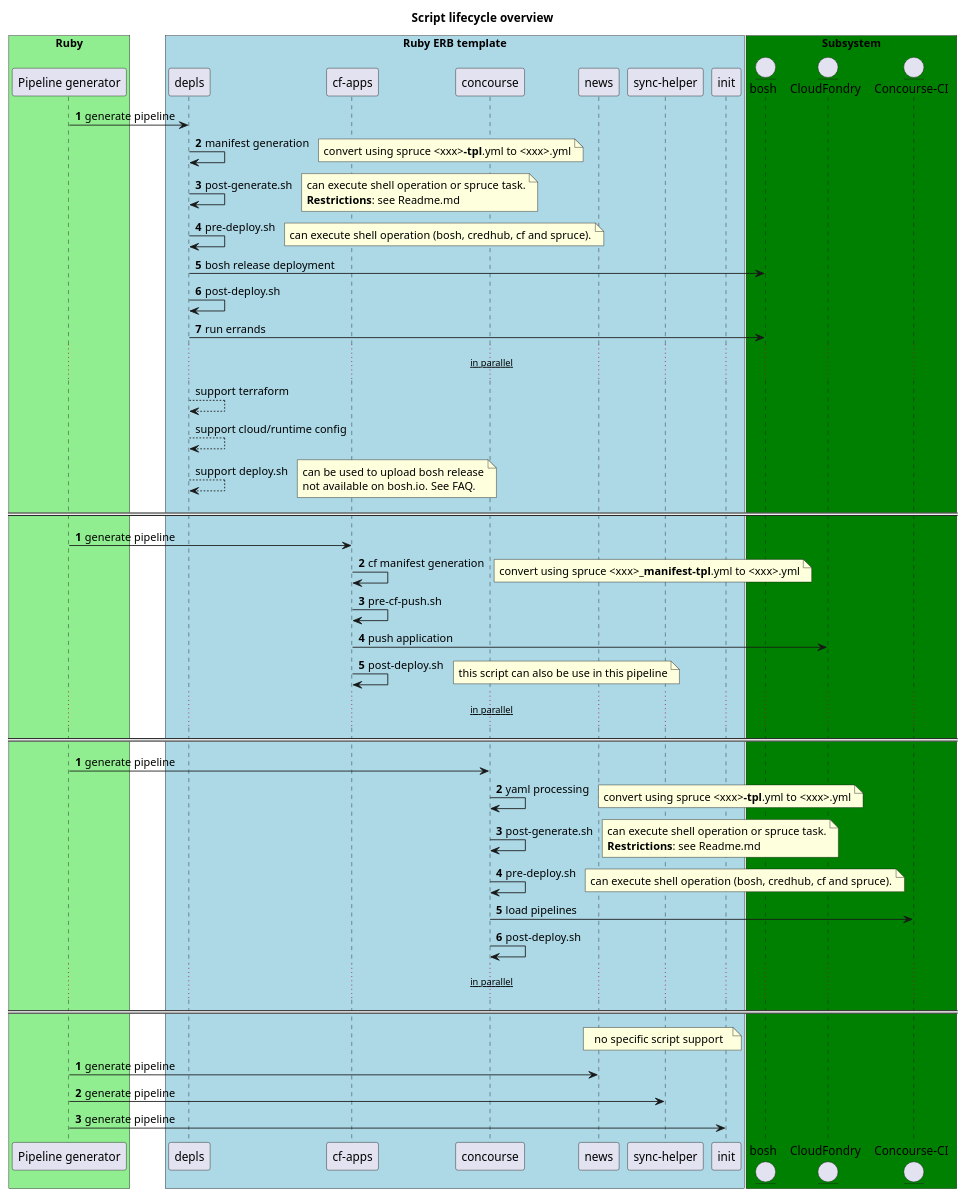
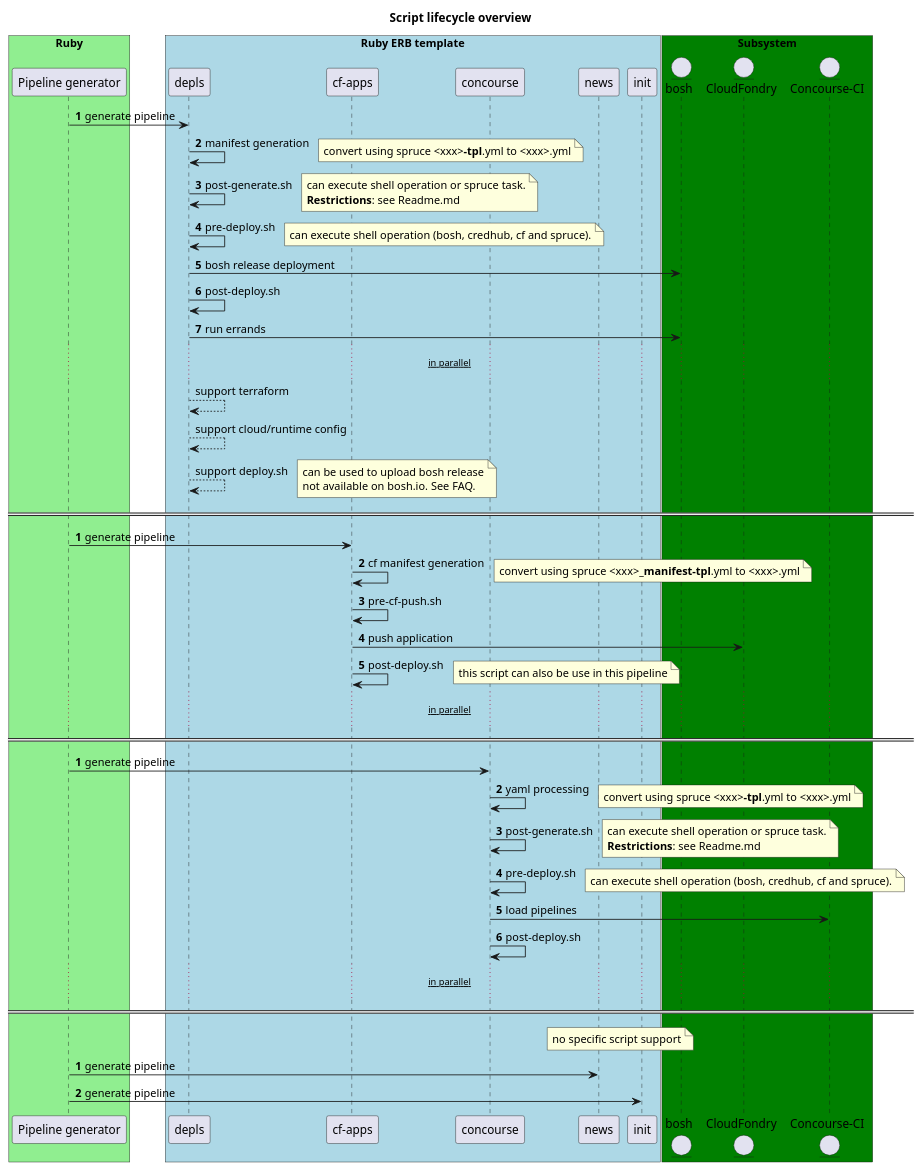
The diagram in docs/script-lifecycle-overview.puml (orange-cloudfoundry/cf-ops-automation), drawn with PlantUML before and after one commit. The commit also changed 163 other files, not shown here.

```diff
--- a/docs/script-lifecycle-overview.puml
+++ b/docs/script-lifecycle-overview.puml
@@ -1,94 +1,92 @@
 @startuml
 title
  Script lifecycle overview
 end title
 box "Ruby" #LightGreen
 	participant "Pipeline generator" as generator
 end box
 
 box "Ruby ERB template" #LightBlue
 	participant depls
 	participant "cf-apps"
 	participant concourse
 	participant news
-	participant "sync-helper"
 	participant init
 end box
 
 box "Subsystem" #Green
 	entity bosh
 	entity CloudFondry as CF
 	entity "Concourse-CI" as CI
 end box
 autonumber
 
 generator -> depls: generate pipeline
 depls -> depls: manifest generation
     note right: convert using spruce <xxx>**-tpl**.yml to <xxx>.yml
  
 depls -> depls: post-generate.sh
     note right
      can execute shell operation or spruce task.
      **Restrictions**: see Readme.md
     end note
 depls -> depls:  pre-deploy.sh
     note right: can execute shell operation (bosh, credhub, cf and spruce).
 
 depls -> bosh: bosh release deployment
 depls -> depls: post-deploy.sh
 depls -> bosh: run errands
 ... ~~in parallel~~ ...
 autonumber stop
 depls --> depls: support terraform
 depls --> depls: support cloud/runtime config
 depls --> depls: support deploy.sh
     note right
         can be used to upload bosh release
         not available on bosh.io. See FAQ.
     end note
 
 == ==
 autonumber 1
 
 generator -> "cf-apps": generate pipeline
 "cf-apps" -> "cf-apps": cf manifest generation
     note right: convert using spruce <xxx>**_manifest-tpl**.yml to <xxx>.yml
 "cf-apps" -> "cf-apps": pre-cf-push.sh
 "cf-apps" -> CF: push application
 "cf-apps" -> "cf-apps": post-deploy.sh
     note right: this script can also be use in this pipeline
 autonumber stop
 ... ~~in parallel~~ ...
 
 == ==
 autonumber 1
 
 generator -> concourse: generate pipeline
 concourse -> concourse: yaml processing
     note right: convert using spruce <xxx>**-tpl**.yml to <xxx>.yml
  
 concourse -> concourse: post-generate.sh
     note right
      can execute shell operation or spruce task.
      **Restrictions**: see Readme.md
     end note
 concourse -> concourse:  pre-deploy.sh
     note right: can execute shell operation (bosh, credhub, cf and spruce).
 
 concourse -> CI: load pipelines
 concourse -> concourse: post-deploy.sh
 ... ~~in parallel~~ ...
 autonumber stop
 
 
 == ==
 autonumber 1
     note over news, init
         no specific script support
     end note
 generator -> news: generate pipeline
-generator -> "sync-helper": generate pipeline
 generator -> "init": generate pipeline
 
 
 @enduml
```
